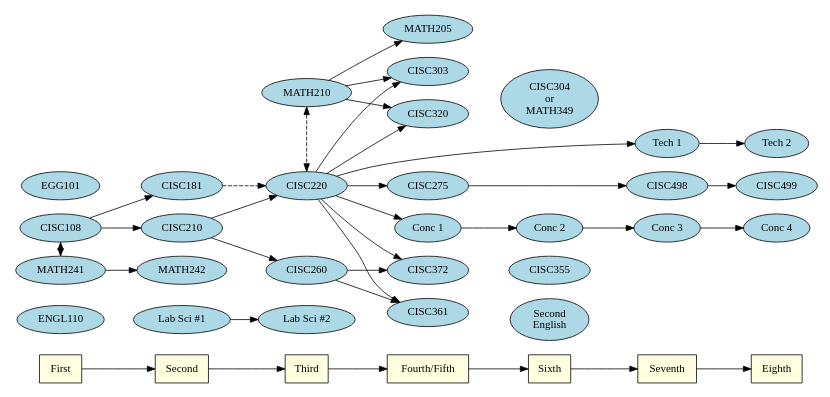
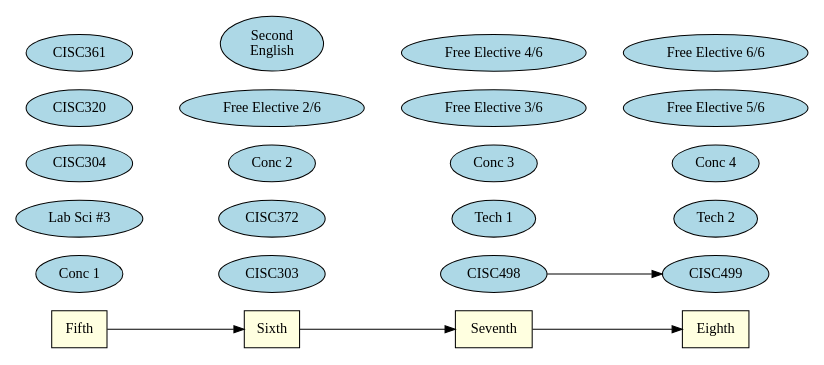
Before and after one commit to UD-CIS-Teaching/student-guidance: the diagram in requirements/cs_bs.dot, drawn with Graphviz.

```diff
--- a/requirements/cs_bs.dot
+++ b/requirements/cs_bs.dot
@@ -1,45 +1,19 @@
 digraph world {
 
-    node [ fillcolor="lightblue" style=filled ]
+    node [ fillcolor="lightblue" style=filled ];
     size="7,7";
     rankdir="LR";
     
-    "First" -> "Second" -> "Third" -> "Fourth/Fifth" -> "Sixth" -> "Seventh" -> "Eighth";
-    "First" [shape="box" fillcolor="lightyellow"];
-    "Second" [shape="box" fillcolor="lightyellow"];
-    "Third" [shape="box" fillcolor="lightyellow"];
-    "Fourth/Fifth" [shape="box" fillcolor="lightyellow"];
+    "Fifth" -> "Sixth" -> "Seventh" -> "Eighth";
+    "Fifth" [shape="box" fillcolor="lightyellow"];
     "Sixth" [shape="box" fillcolor="lightyellow"];
     "Seventh" [shape="box" fillcolor="lightyellow"];
     "Eighth" [shape="box" fillcolor="lightyellow"];
 
-    {rank=same; "First";ENGL110;CISC108;EGG101;MATH241}
-    {rank=same; "Second";CISC181;CISC210;"Lab Sci #1"}
-    {rank=same; "Third";CISC220;CISC260;MATH210;"Lab Sci #2"}
-    {rank=same; "Fourth/Fifth";CISC275;CISC303;CISC320; CISC372;"Conc 1"}
-    {rank=same; "Sixth";"Second\nEnglish";"CISC304\nor\nMATH349";CISC355;"Conc 2"}
-    {rank=same; "Seventh";CISC498;"Tech 1";"Conc 3"}
-    {rank=same; "Eighth";CISC499;"Tech 2";"Conc 4"}
+    {rank=same; "Fifth";"Conc 1";"Lab Sci #3";CISC304;CISC320; CISC361;}
+    {rank=same; "Sixth";"CISC303";CISC372;"Conc 2";"Free Elective 2/6""Second\nEnglish";}
+    {rank=same; "Seventh";CISC498;"Tech 1";"Conc 3";"Free Elective 3/6";"Free Elective 4/6"}
+    {rank=same; "Eighth";CISC499;"Tech 2";"Conc 4";"Free Elective 5/6";"Free Elective 6/6"}
     
-    ENGL110 -> "Lab Sci #1" [style="invis"];
-    CISC372 -> "CISC355" [style="invis"];
-    CISC361 -> "Second\nEnglish" [style="invis"];
-    
-    MATH210 -> CISC220 [dir="both" style=dashed];
-    CISC108 -> MATH241 [dir="both" style=dashed];
-
-    EGG101;
-    "Lab Sci #1" -> "Lab Sci #2";
-    CISC108 -> {CISC181; CISC210};
-    CISC210 -> {CISC220 ; CISC260}
-    CISC181 -> CISC220 [style=dashed];
-    MATH241 -> MATH242;
-    MATH210 -> {CISC320 ; CISC303; MATH205};
-    CISC220 -> {CISC275 ; CISC320; CISC303; CISC361; CISC372;"Conc 1";"Tech 1"}
-    "Conc 1" -> "Conc 2" -> "Conc 3" -> "Conc 4";
-    CISC260 -> {CISC361 ; CISC372};
-    CISC275 -> CISC498;
     CISC498 -> CISC499;
-    CISC355;
-    "Tech 1" -> "Tech 2";
 }
```
